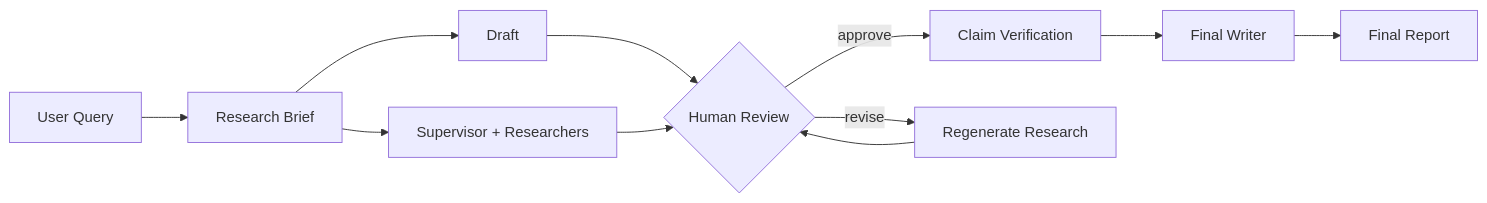
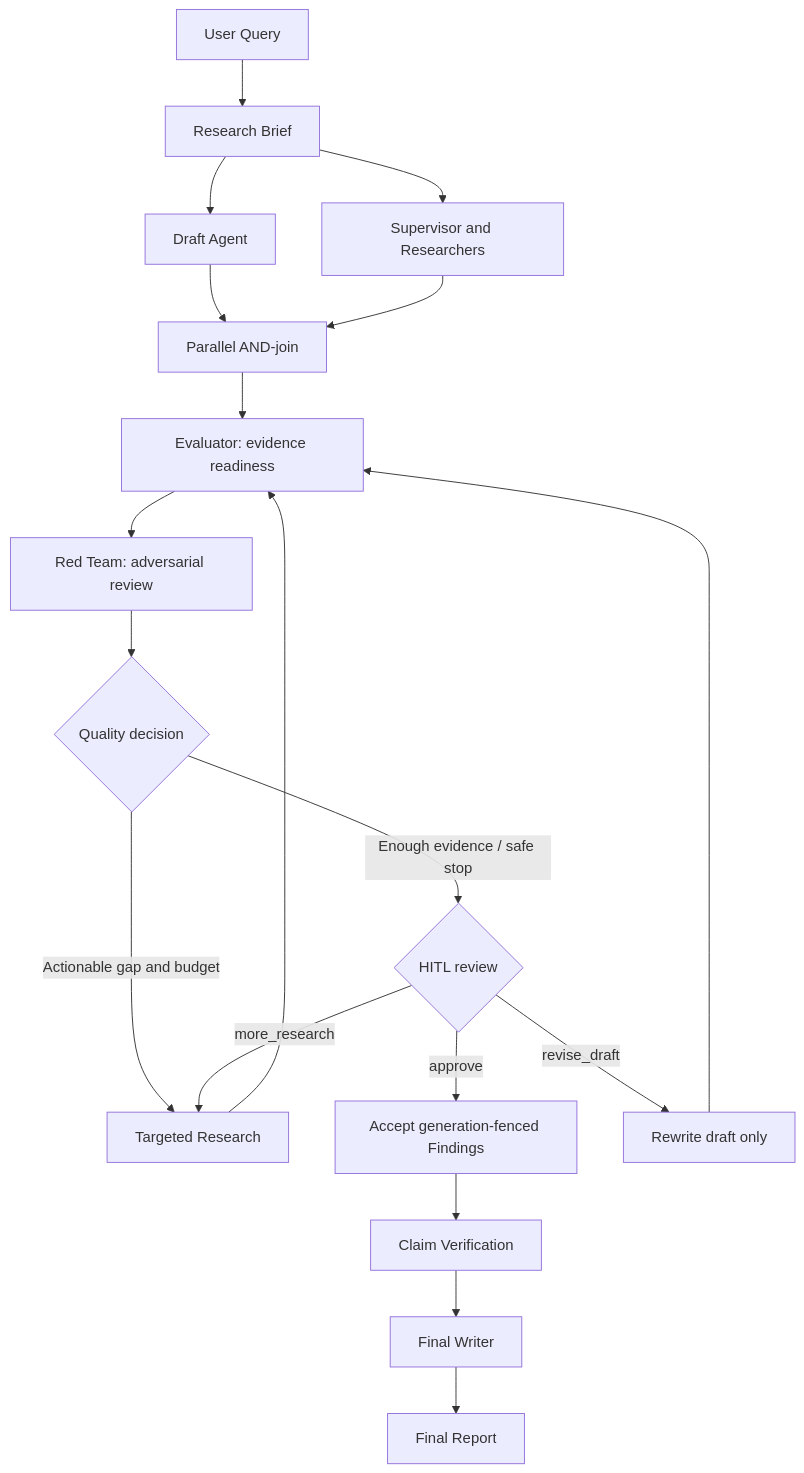
Before and after one commit to Yuebi-ui/deep-research-agent: the second of 2 diagrams in README.md, drawn with Mermaid. The commit also changed other lines of this file and 36 other files, not shown here.

Commit message:
Update agent workflow, quality gates, and tests

````diff
--- a/README.md
+++ b/README.md
@@ -56,13 +57,21 @@
 ```mermaid
-flowchart LR
+flowchart TD
     Q[User Query] --> B[Research Brief]
-    B --> D[Draft]
-    B --> S[Supervisor + Researchers]
-    D --> H{Human Review}
-    S --> H
-    H -->|approve| V[Claim Verification]
-    H -->|revise| R[Regenerate Research]
-    R --> H
+    B --> D[Draft Agent]
+    B --> S[Supervisor and Researchers]
+    D --> J[Parallel AND-join]
+    S --> J
+    J --> E[Evaluator: evidence readiness]
+    E --> R[Red Team: adversarial review]
+    R --> G{Quality decision}
+    G -->|Actionable gap and budget| T[Targeted Research]
+    T --> E
+    G -->|Enough evidence / safe stop| H{HITL review}
+    H -->|approve| A[Accept generation-fenced Findings]
+    H -->|revise_draft| U[Rewrite draft only]
+    U --> E
+    H -->|more_research| T
+    A --> V[Claim Verification]
     V --> W[Final Writer]
     W --> F[Final Report]
 ```
````
